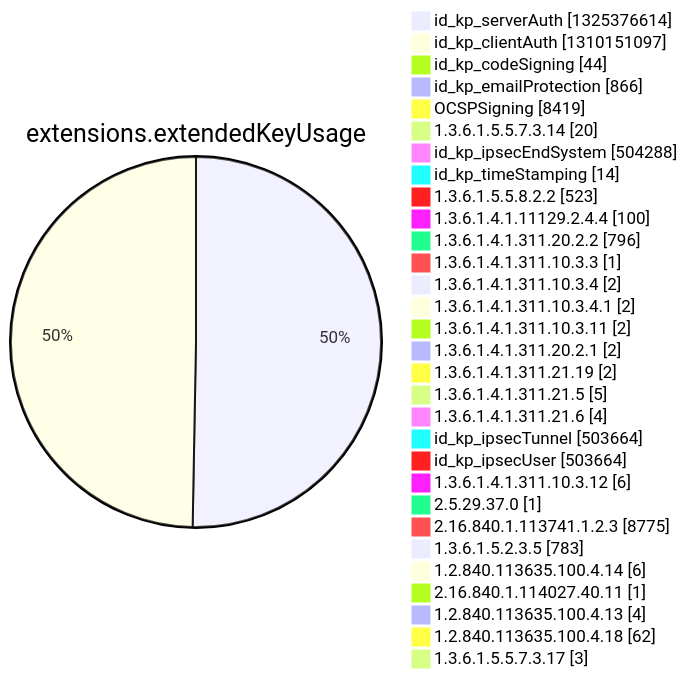
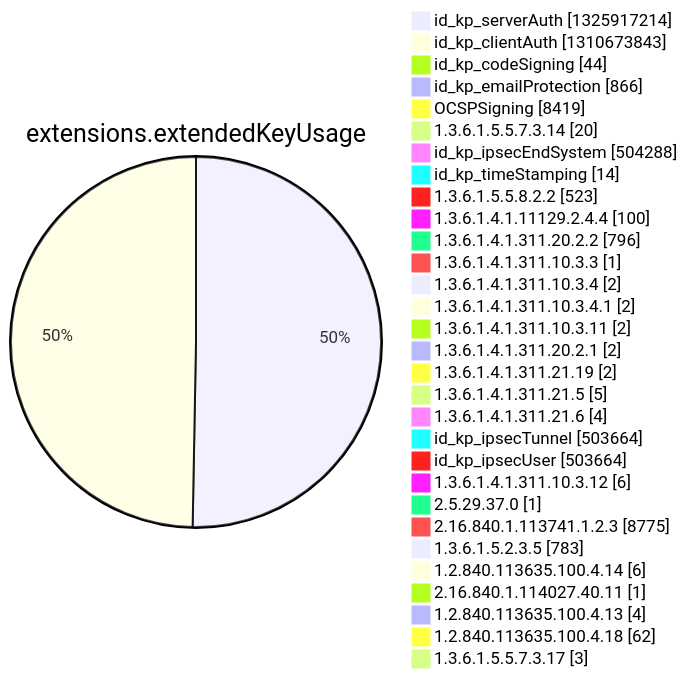
Diagram 12 of 15 in argon2022/README.md (christiankrug/ctmonitor_visualization), drawn with Mermaid before and after one commit. The commit also changed other lines of this file, not shown here.

````diff
--- a/argon2022/README.md
+++ b/argon2022/README.md
@@ -3553,34 +3553,34 @@
 ```mermaid
 pie showData
 title extensions.extendedKeyUsage
-"id_kp_serverAuth" :1325376614
-"id_kp_clientAuth" :1310151097
+"id_kp_serverAuth" :1325917214
+"id_kp_clientAuth" :1310673843
 "id_kp_codeSigning" :44
 "id_kp_emailProtection" :866
 "OCSPSigning" :8419
 "1.3.6.1.5.5.7.3.14" :20
 "id_kp_ipsecEndSystem" :504288
 "id_kp_timeStamping" :14
 "1.3.6.1.5.5.8.2.2" :523
 "1.3.6.1.4.1.11129.2.4.4" :100
 "1.3.6.1.4.1.311.20.2.2" :796
 "1.3.6.1.4.1.311.10.3.3" :1
 "1.3.6.1.4.1.311.10.3.4" :2
 "1.3.6.1.4.1.311.10.3.4.1" :2
 "1.3.6.1.4.1.311.10.3.11" :2
 "1.3.6.1.4.1.311.20.2.1" :2
 "1.3.6.1.4.1.311.21.19" :2
 "1.3.6.1.4.1.311.21.5" :5
 "1.3.6.1.4.1.311.21.6" :4
 "id_kp_ipsecTunnel" :503664
 "id_kp_ipsecUser" :503664
 "1.3.6.1.4.1.311.10.3.12" :6
 "2.5.29.37.0" :1
 "2.16.840.1.113741.1.2.3" :8775
 "1.3.6.1.5.2.3.5" :783
 "1.2.840.113635.100.4.14" :6
 "2.16.840.1.114027.40.11" :1
 "1.2.840.113635.100.4.13" :4
 "1.2.840.113635.100.4.18" :62
 "1.3.6.1.5.5.7.3.17" :3
 ```
````
